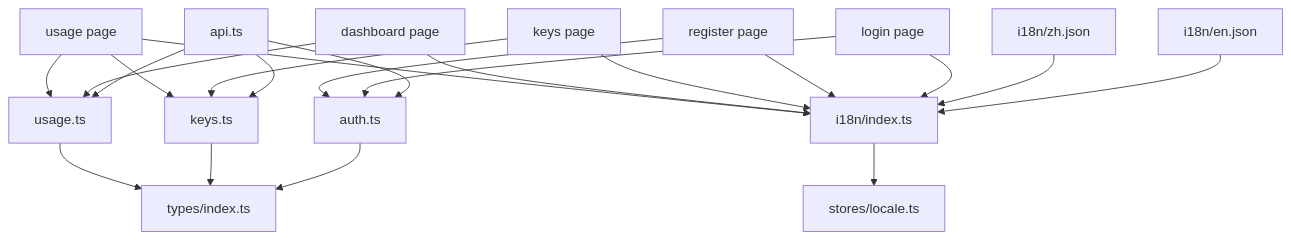
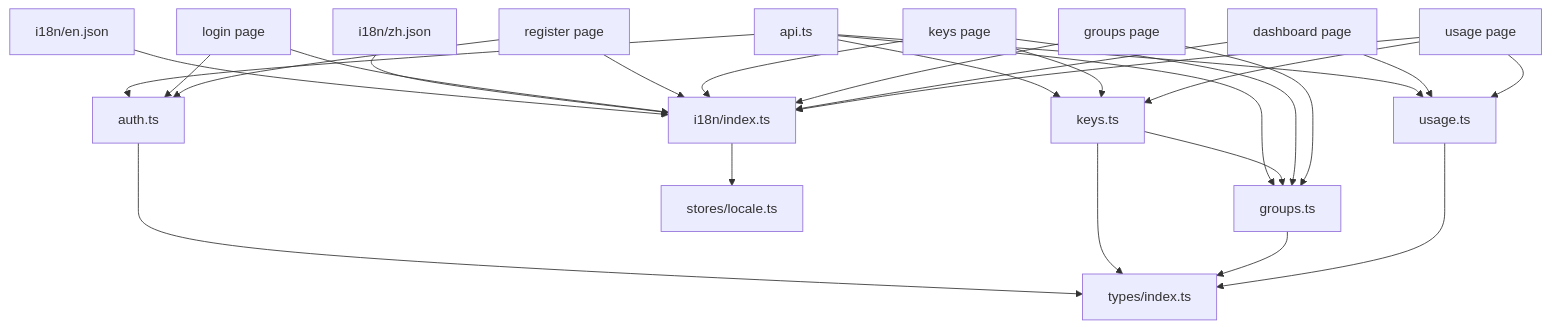
One commit to Zekiwest/sub2api-web changed the diagram in src/lib/_dir.md. Above: the diagram before and after it, drawn with Mermaid. The commit also changed other lines of this file and 13 other files, not shown here.

First line of the commit message:
feat: Add API Key Groups management and GEB documentation sync

````diff
--- a/src/lib/_dir.md
+++ b/src/lib/_dir.md
@@ -60,26 +67,32 @@
 ```mermaid
 graph TD
     API[api.ts] --> AUTH[auth.ts]
     API --> KEYS[keys.ts]
+    API --> GROUPS[groups.ts]
     API --> USAGE[usage.ts]
     
     AUTH --> T[types/index.ts]
     KEYS --> T
+    KEYS --> GROUPS
+    GROUPS --> T
     USAGE --> T
     
     I18N[i18n/index.ts] --> LS[stores/locale.ts]
     EN[i18n/en.json] --> I18N
     ZH[i18n/zh.json] --> I18N
     
     LP[login page] --> AUTH
     LP --> I18N
     RP[register page] --> AUTH
     RP --> I18N
     KP[keys page] --> KEYS
+    KP --> GROUPS
     KP --> I18N
+    GP[groups page] --> GROUPS
+    GP --> I18N
     DP[dashboard page] --> USAGE
     DP --> I18N
     UP[usage page] --> USAGE
     UP --> KEYS
     UP --> I18N
 ```
````
